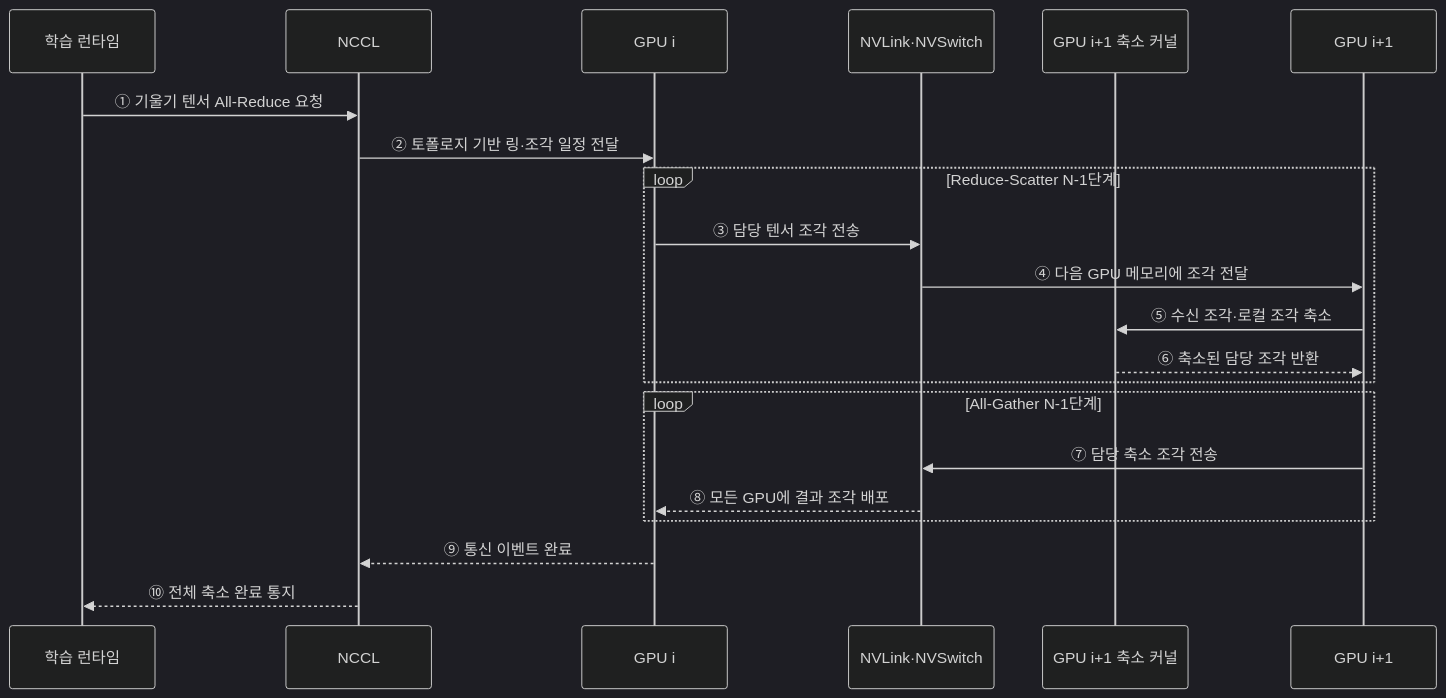
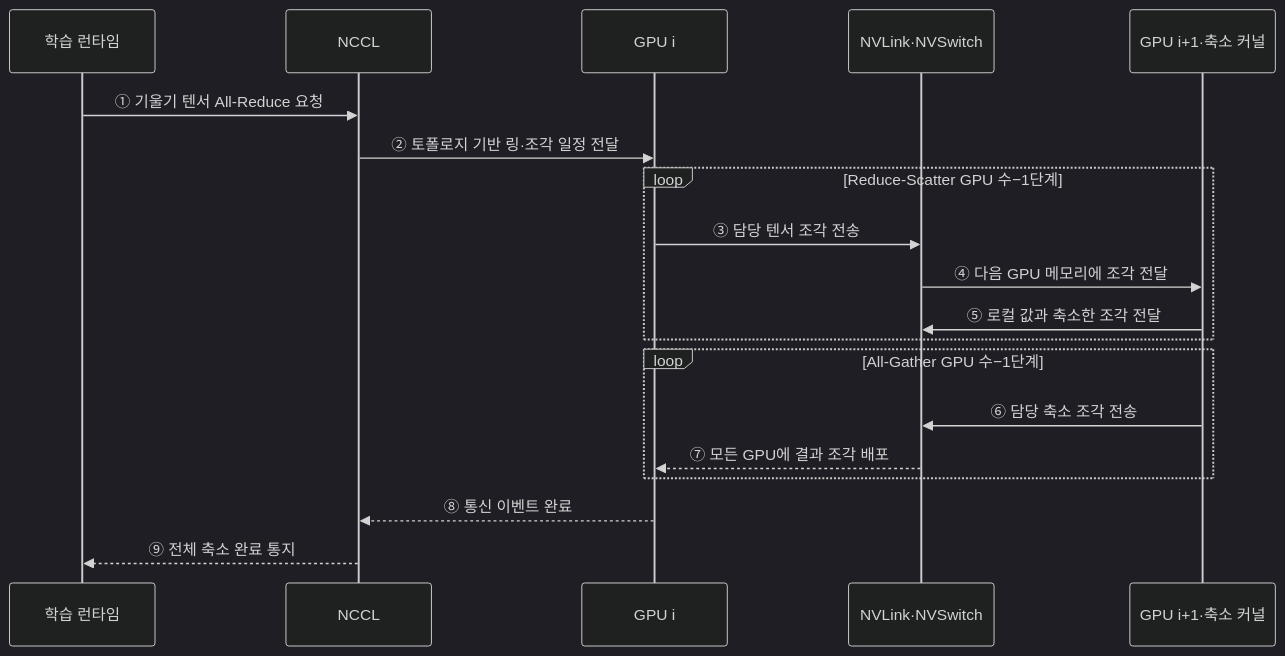
Before and after one commit to agnusdei1207/knowledge-base: the second of 2 diagrams in src/content/docs/notes/02-hardware/047_nvlink.md, drawn with Mermaid (dark theme). The commit also changed other lines of this file and 20 other files, not shown here.

````diff
--- a/src/content/docs/notes/02-hardware/047_nvlink.md
+++ b/src/content/docs/notes/02-hardware/047_nvlink.md
@@ -82,24 +74,22 @@
 ```mermaid
 sequenceDiagram
     participant A as 학습 런타임
     participant N as NCCL
     participant G1 as GPU i
     participant S as NVLink·NVSwitch
-    participant K as GPU i+1 축소 커널
-    participant G2 as GPU i+1
+    participant G2 as GPU i+1·축소 커널
 
     A->>N: ① 기울기 텐서 All-Reduce 요청
     N->>G1: ② 토폴로지 기반 링·조각 일정 전달
-    loop Reduce-Scatter N-1단계
+    loop Reduce-Scatter GPU 수−1단계
         G1->>S: ③ 담당 텐서 조각 전송
         S->>G2: ④ 다음 GPU 메모리에 조각 전달
-        G2->>K: ⑤ 수신 조각·로컬 조각 축소
-        K-->>G2: ⑥ 축소된 담당 조각 반환
+        G2->>S: ⑤ 로컬 값과 축소한 조각 전달
     end
-    loop All-Gather N-1단계
-        G2->>S: ⑦ 담당 축소 조각 전송
-        S-->>G1: ⑧ 모든 GPU에 결과 조각 배포
+    loop All-Gather GPU 수−1단계
+        G2->>S: ⑥ 담당 축소 조각 전송
+        S-->>G1: ⑦ 모든 GPU에 결과 조각 배포
     end
-    G1-->>N: ⑨ 통신 이벤트 완료
-    N-->>A: ⑩ 전체 축소 완료 통지
+    G1-->>N: ⑧ 통신 이벤트 완료
+    N-->>A: ⑨ 전체 축소 완료 통지
 ```
````
